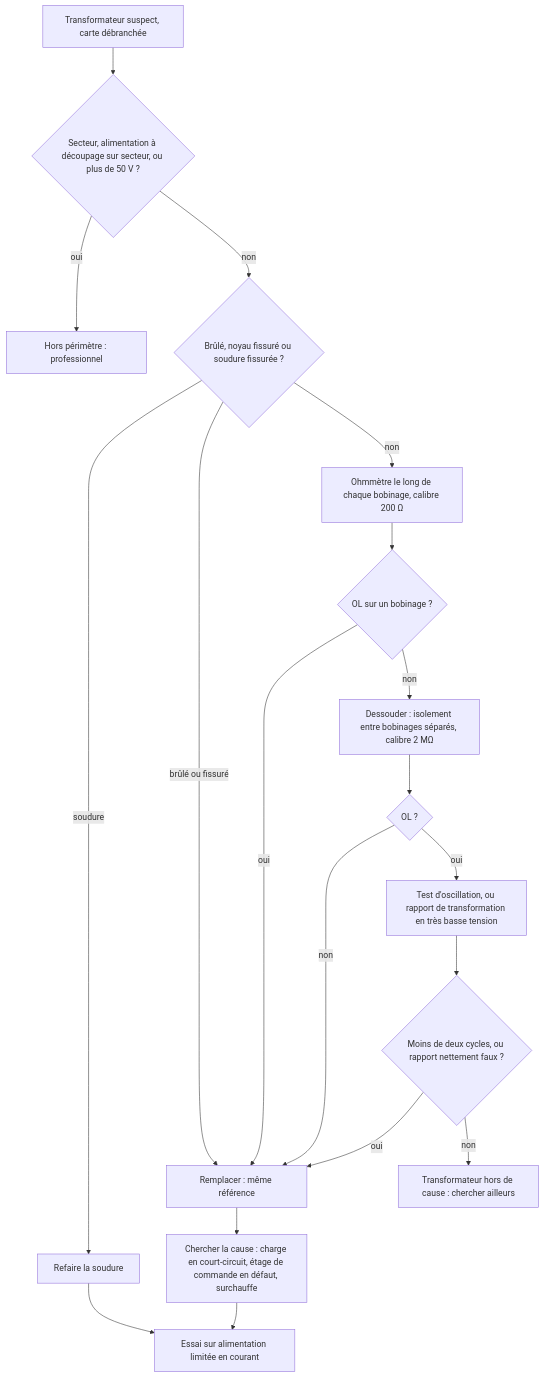
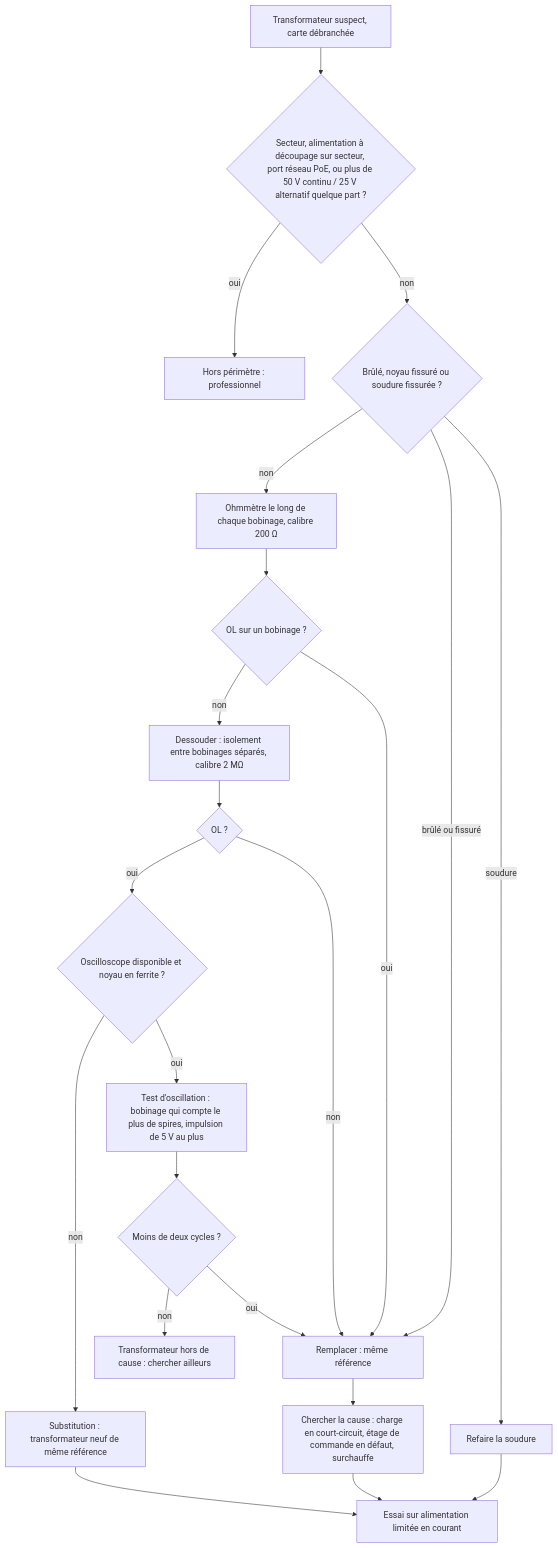
One commit to benoit-bremaud/ohm-sweet-ohm changed the diagram in troubleshooting/32_transformateur/README.md. Above: the diagram before and after it, drawn with Mermaid. The commit also changed other lines of this file and 11 other files, not shown here.

````diff
--- a/troubleshooting/32_transformateur/README.md
+++ b/troubleshooting/32_transformateur/README.md
@@ -149,21 +151,24 @@
 ```mermaid
 flowchart TD
-  A[Transformateur suspect, carte débranchée] --> B{Secteur, alimentation à découpage sur secteur, ou plus de 50 V ?}
+  A[Transformateur suspect, carte débranchée] --> B{Secteur, alimentation à découpage sur secteur, port réseau PoE, ou plus de 50 V continu / 25 V alternatif quelque part ?}
   B -- oui --> C[Hors périmètre : professionnel]
   B -- non --> D{Brûlé, noyau fissuré ou soudure fissurée ?}
   D -- soudure --> E[Refaire la soudure]
   D -- brûlé ou fissuré --> R[Remplacer : même référence]
   D -- non --> F[Ohmmètre le long de chaque bobinage, calibre 200 Ω]
   F --> G{OL sur un bobinage ?}
   G -- oui --> R
   G -- non --> J[Dessouder : isolement entre bobinages séparés, calibre 2 MΩ]
   J --> K{OL ?}
   K -- non --> R
-  K -- oui --> L[Test d'oscillation, ou rapport de transformation en très basse tension]
-  L --> M{Moins de deux cycles, ou rapport nettement faux ?}
-  M -- oui --> R
-  M -- non --> I[Transformateur hors de cause : chercher ailleurs]
+  K -- oui --> L{Oscilloscope disponible et noyau en ferrite ?}
+  L -- non --> S[Substitution : transformateur neuf de même référence]
+  L -- oui --> M[Test d'oscillation : bobinage qui compte le plus de spires, impulsion de 5 V au plus]
+  M --> N{Moins de deux cycles ?}
+  N -- oui --> R
+  N -- non --> I[Transformateur hors de cause : chercher ailleurs]
   R --> P[Chercher la cause : charge en court-circuit, étage de commande en défaut, surchauffe]
   E --> Q[Essai sur alimentation limitée en courant]
   P --> Q
+  S --> Q
 ```
````
